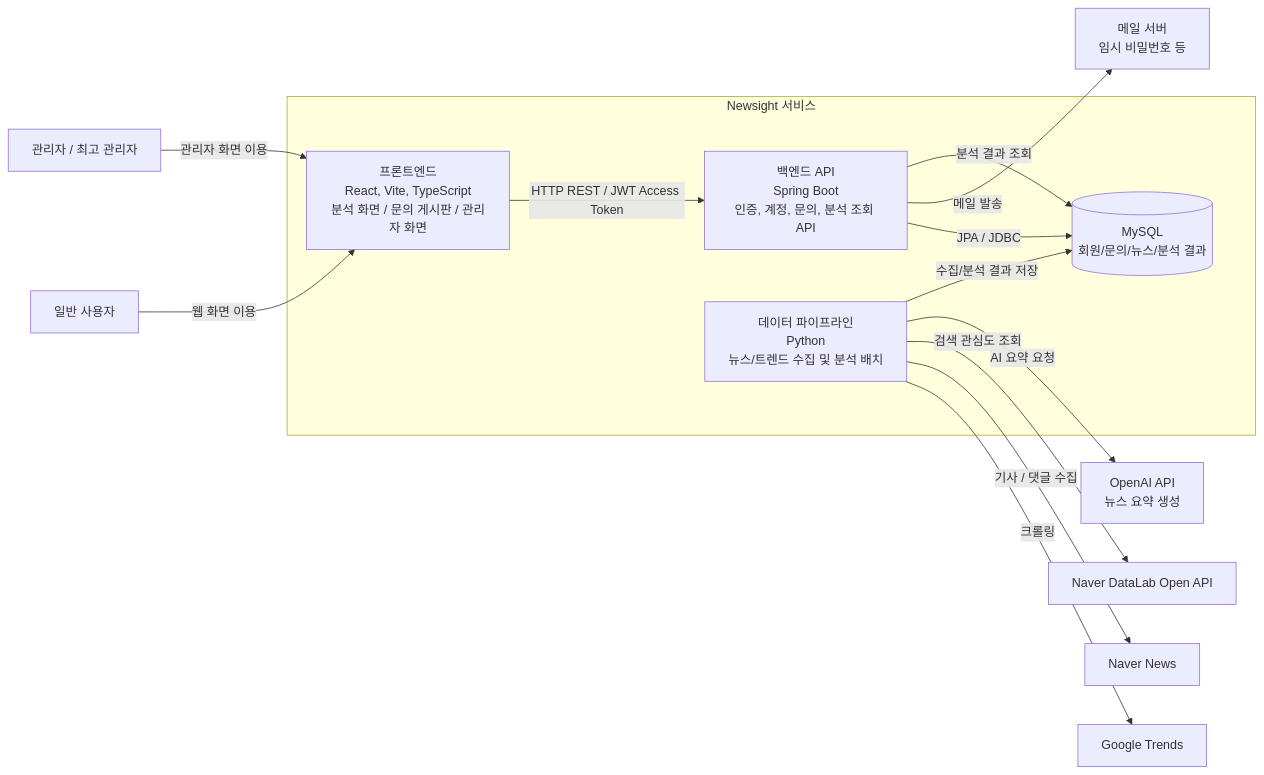
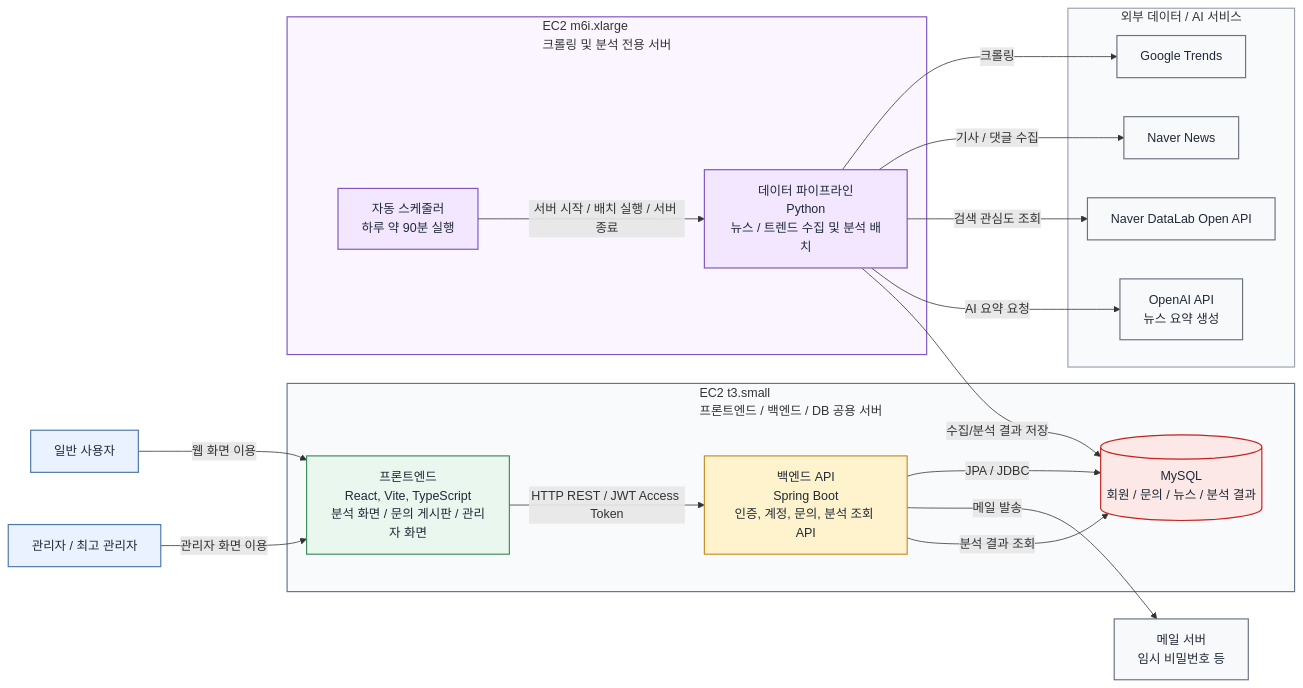
One commit to sssat/graduation-project changed the first of 7 diagrams in docs/architecture-draft.md. Above: the diagram before and after it, drawn with Mermaid. The commit also changed other lines of this file, not shown here.

````diff
--- a/docs/architecture-draft.md
+++ b/docs/architecture-draft.md
@@ -5,32 +5,56 @@
 ```mermaid
 flowchart LR
   User["일반 사용자"]
   Admin["관리자 / 최고 관리자"]
 
-  subgraph Newsight["Newsight 서비스"]
+  subgraph AppServer["EC2 t3.small<br/>프론트엔드 / 백엔드 / DB 공용 서버"]
     Frontend["프론트엔드<br/>React, Vite, TypeScript<br/>분석 화면 / 문의 게시판 / 관리자 화면"]
     Backend["백엔드 API<br/>Spring Boot<br/>인증, 계정, 문의, 분석 조회 API"]
-    Pipeline["데이터 파이프라인<br/>Python<br/>뉴스/트렌드 수집 및 분석 배치"]
-    DB[("MySQL<br/>회원/문의/뉴스/분석 결과")]
+    DB[("MySQL<br/>회원 / 문의 / 뉴스 / 분석 결과")]
   end
 
-  GoogleTrends["Google Trends"]
-  NaverNews["Naver News"]
-  NaverDataLab["Naver DataLab Open API"]
-  OpenAI["OpenAI API<br/>뉴스 요약 생성"]
+  subgraph BatchServer["EC2 m6i.xlarge<br/>크롤링 및 분석 전용 서버"]
+    Scheduler["자동 스케줄러<br/>하루 약 90분 실행"]
+    Pipeline["데이터 파이프라인<br/>Python<br/>뉴스 / 트렌드 수집 및 분석 배치"]
+  end
+
+  subgraph External["외부 데이터 / AI 서비스"]
+    GoogleTrends["Google Trends"]
+    NaverNews["Naver News"]
+    NaverDataLab["Naver DataLab Open API"]
+    OpenAI["OpenAI API<br/>뉴스 요약 생성"]
+  end
+
   Mail["메일 서버<br/>임시 비밀번호 등"]
 
   User -->|"웹 화면 이용"| Frontend
   Admin -->|"관리자 화면 이용"| Frontend
   Frontend -->|"HTTP REST / JWT Access Token"| Backend
   Backend -->|"JPA / JDBC"| DB
   Backend -->|"메일 발송"| Mail
 
+  Scheduler -->|"서버 시작 / 배치 실행 / 서버 종료"| Pipeline
   Pipeline -->|"크롤링"| GoogleTrends
   Pipeline -->|"기사 / 댓글 수집"| NaverNews
   Pipeline -->|"검색 관심도 조회"| NaverDataLab
   Pipeline -->|"AI 요약 요청"| OpenAI
   Pipeline -->|"수집/분석 결과 저장"| DB
 
   Backend -->|"분석 결과 조회"| DB
+
+  classDef actor fill:#EAF2FF,stroke:#4C78A8,color:#1F2937,stroke-width:1.5px
+  classDef app fill:#E9F7EF,stroke:#3E8E5A,color:#1F2937,stroke-width:1.5px
+  classDef api fill:#FFF3CD,stroke:#C69026,color:#1F2937,stroke-width:1.5px
+  classDef batch fill:#F2E7FE,stroke:#7E57C2,color:#1F2937,stroke-width:1.5px
+  classDef db fill:#FCE8E6,stroke:#C5221F,color:#1F2937,stroke-width:1.5px
+  classDef external fill:#F8F9FA,stroke:#6B7280,color:#1F2937,stroke-width:1.5px
+  class User,Admin actor
+  class Frontend app
+  class Backend api
+  class Scheduler,Pipeline batch
+  class DB db
+  class GoogleTrends,NaverNews,NaverDataLab,OpenAI,Mail external
+  style AppServer fill:#F8FAFC,stroke:#64748B,stroke-width:1.5px
+  style BatchServer fill:#FAF5FF,stroke:#7E57C2,stroke-width:1.5px
+  style External fill:#F9FAFB,stroke:#9CA3AF,stroke-width:1.5px
 ```
````
